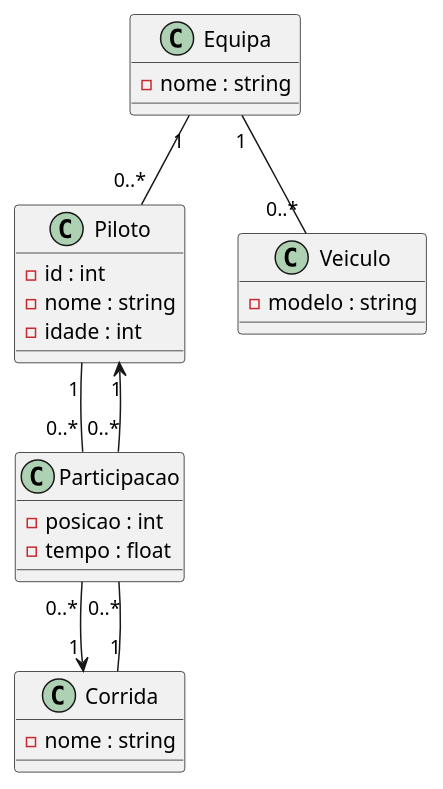
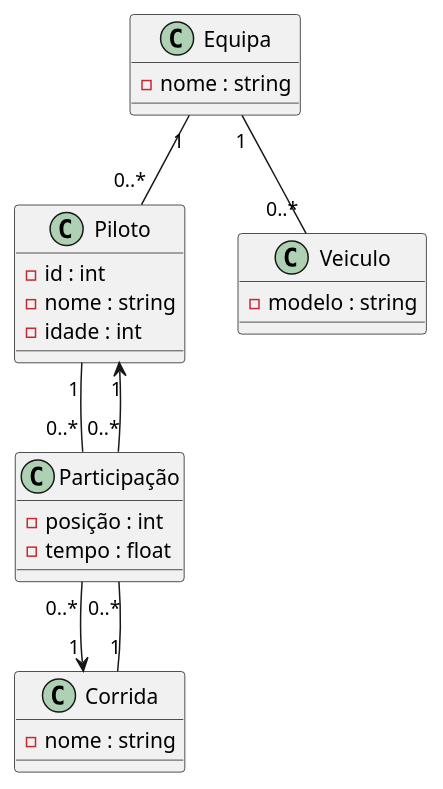
The diagram in Documentation/Iteration01/domain_model.puml (jslvt/fsoft2026_1DD_3), drawn with PlantUML before and after one commit.

Commit message:
ajuste a domain_model.puml

```diff
--- a/Documentation/Iteration01/domain_model.puml
+++ b/Documentation/Iteration01/domain_model.puml
@@ -1,36 +1,36 @@
 @startuml
 
 class Piloto {
   -id : int
   -nome : string
   -idade : int
 }
 
 class Equipa {
   -nome : string
 }
 
 class Veiculo {
   -modelo : string
 }
 
 class Corrida {
   -nome : string
 }
 
-class Participacao {
-  -posicao : int
+class Participação {
+  -posição : int
   -tempo : float
 }
 
 ' Relações
 Equipa "1" -- "0..*" Piloto
 Equipa "1" -- "0..*" Veiculo
 
-Piloto "1" -- "0..*" Participacao
-Corrida "1" -- "0..*" Participacao
+Piloto "1" -- "0..*" Participação
+Corrida "1" -- "0..*" Participação
 
-Participacao "0..*" --> "1" Piloto
-Participacao "0..*" --> "1" Corrida
+Participação "0..*" --> "1" Piloto
+Participação "0..*" --> "1" Corrida
 
 @enduml
```
